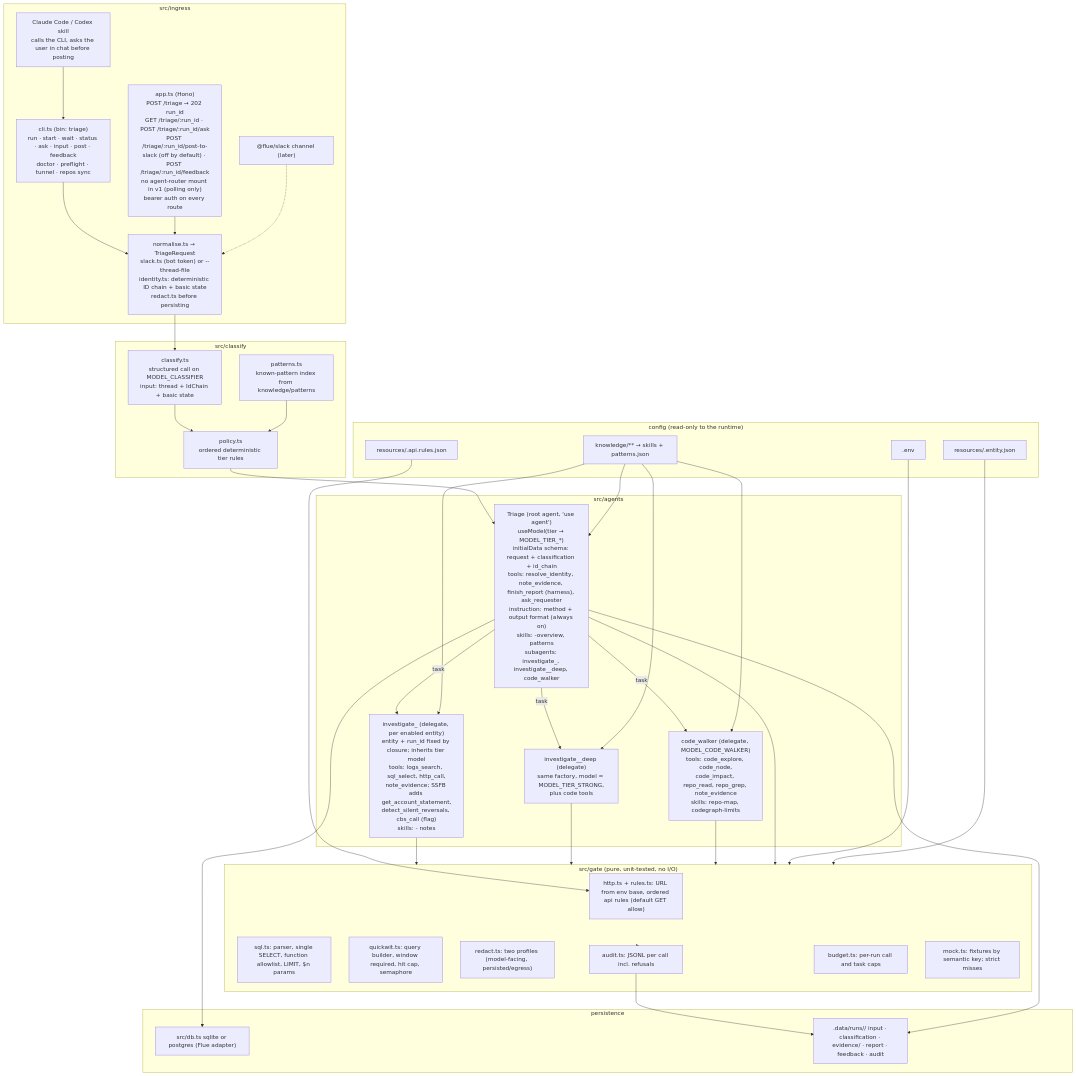
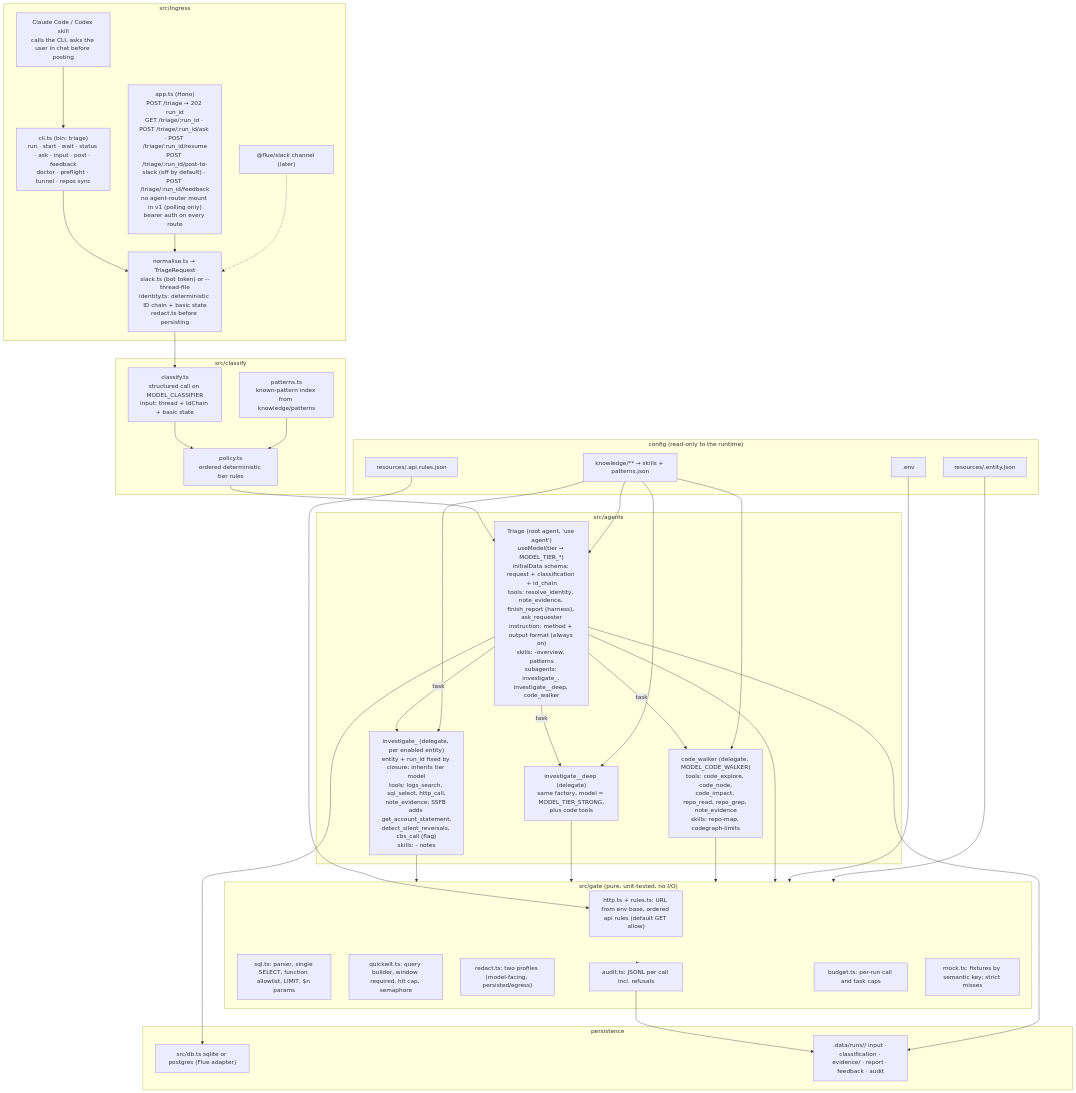
One commit to varun-aspora/triage-app changed the diagram in docs/02-hld-detailed.md. Above: the diagram before and after it, drawn with Mermaid. The commit also changed other lines of this file and 2 other files, not shown here.

Commit message:
docs: decision D55 and the notes for blocked runs and resume

````diff
--- a/docs/02-hld-detailed.md
+++ b/docs/02-hld-detailed.md
@@ -5,64 +5,64 @@
 ```mermaid
 flowchart TB
     subgraph Ingress["src/ingress"]
         CLI["cli.ts (bin: triage)<br/>run · start · wait · status · ask · input · post · feedback<br/>doctor · preflight · tunnel · repos sync"]
-        API["app.ts (Hono)<br/>POST /triage → 202 run_id<br/>GET /triage/:run_id · POST /triage/:run_id/ask<br/>POST /triage/:run_id/post-to-slack (off by default) · POST /triage/:run_id/feedback<br/>no agent-router mount in v1 (polling only)<br/>bearer auth on every route"]
+        API["app.ts (Hono)<br/>POST /triage → 202 run_id<br/>GET /triage/:run_id · POST /triage/:run_id/ask · POST /triage/:run_id/resume<br/>POST /triage/:run_id/post-to-slack (off by default) · POST /triage/:run_id/feedback<br/>no agent-router mount in v1 (polling only)<br/>bearer auth on every route"]
         SKILL["Claude Code / Codex skill<br/>calls the CLI, asks the user in chat before posting"]
         SLACKCH["@flue/slack channel (later)"]
         NORM["normalise.ts → TriageRequest<br/>slack.ts (bot token) or --thread-file<br/>identity.ts: deterministic ID chain + basic state<br/>redact.ts before persisting"]
     end
 
     subgraph Classify["src/classify"]
         CLS["classify.ts<br/>structured call on MODEL_CLASSIFIER<br/>input: thread + IdChain + basic state"]
         POL["policy.ts<br/>ordered deterministic tier rules"]
         KBM["patterns.ts<br/>known-pattern index from knowledge/patterns"]
     end
 
     subgraph Agents["src/agents"]
         TRI["Triage (root agent, 'use agent')<br/>useModel(tier → MODEL_TIER_*)<br/>initialData schema: request + classification + id_chain<br/>tools: resolve_identity, note_evidence, finish_report (harness), ask_requester<br/>instruction: method + output format (always on)<br/>skills: <entity>-overview, patterns<br/>subagents: investigate_<entity>, investigate_<entity>_deep, code_walker"]
         INV["investigate_<entity> (delegate, per enabled entity)<br/>entity + run_id fixed by closure; inherits tier model<br/>tools: logs_search, sql_select, http_call,<br/>note_evidence; SSFB adds get_account_statement,<br/>detect_silent_reversals, cbs_call (flag)<br/>skills: <entity>-<service> notes"]
         DEEP["investigate_<entity>_deep (delegate)<br/>same factory, model = MODEL_TIER_STRONG,<br/>plus code tools"]
         CW["code_walker (delegate, MODEL_CODE_WALKER)<br/>tools: code_explore, code_node,<br/>code_impact, repo_read, repo_grep, note_evidence<br/>skills: repo-map, codegraph-limits"]
     end
 
     subgraph Gate["src/gate (pure, unit-tested, no I/O)"]
         G1["http.ts + rules.ts: URL from env base, ordered api rules (default GET allow)"]
         G2["sql.ts: parser, single SELECT, function allowlist, LIMIT, $n params"]
         G3["quickwit.ts: query builder, window required, hit cap, semaphore"]
         G4["redact.ts: two profiles (model-facing, persisted/egress)"]
         G5["audit.ts: JSONL per call incl. refusals"]
         G6["budget.ts: per-run call and task caps"]
         G7["mock.ts: fixtures by semantic key; strict misses"]
     end
 
     subgraph Config["config (read-only to the runtime)"]
         ENV[".env"]
         REG["resources/<entity>.entity.json"]
         ALLOW["resources/<entity>.api.rules.json"]
         KNOW["knowledge/** → skills + patterns.json"]
     end
 
     subgraph Persist["persistence"]
         DB["src/db.ts sqlite or postgres (Flue adapter)"]
         RUN[".data/runs/<run_id>/ input · classification · evidence/ · report · feedback · audit"]
     end
 
     CLI --> NORM
     API --> NORM
     SKILL --> CLI
     SLACKCH -.-> NORM
     NORM --> CLS --> POL --> TRI
     KBM --> POL
     TRI -- task --> INV
     TRI -- task --> DEEP
     TRI -- task --> CW
     INV & DEEP & CW --> Gate
     TRI --> Gate
     ENV --> Gate
     REG --> Gate
     ALLOW --> G1
     KNOW --> TRI & INV & DEEP & CW
     Gate --> G5 --> RUN
     TRI --> RUN
     TRI --> DB
 ```
````
